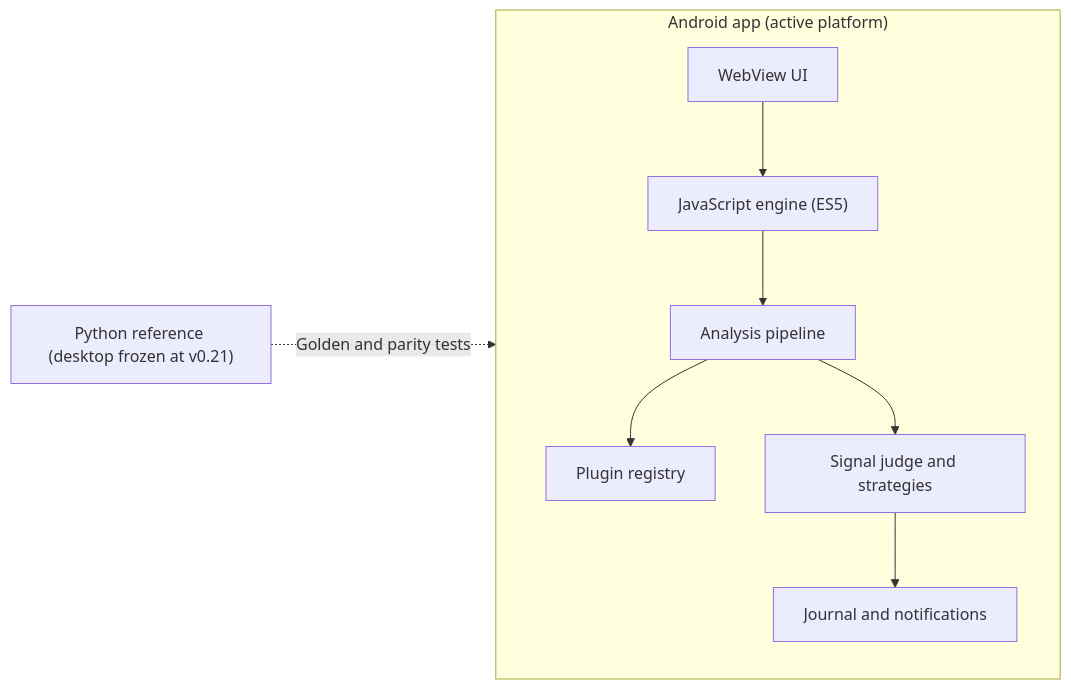
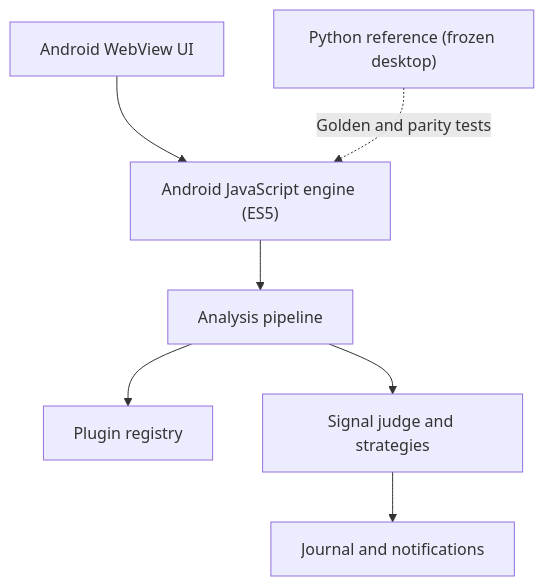
Before and after one commit to Suushian/Odin-Assistant: the third of 3 diagrams in README.md, drawn with Mermaid. The commit also changed other lines of this file, not shown here.

Commit message:
docs: enforce RTL layout and simplify architecture diagram

````diff
--- a/README.md
+++ b/README.md
@@ -214,17 +213,9 @@
 ```mermaid
-flowchart LR
-    subgraph AndroidApp["Android app (active platform)"]
-        direction TB
-        UI["WebView UI"]
-        JS["JavaScript engine (ES5)"]
-        PIPE["Analysis pipeline"]
-        PLUG["Plugin registry"]
-        JUDGE["Signal judge and strategies"]
-        JOURNAL["Journal and notifications"]
-        UI --> JS --> PIPE
-        PIPE --> PLUG
-        PIPE --> JUDGE --> JOURNAL
-    end
-    PY["Python reference (desktop frozen at v0.21)"]
-    PY -. "Golden and parity tests" .-> JS
+flowchart TB
+    UI["Android WebView UI"] --> JS["Android JavaScript engine (ES5)"]
+    JS --> PIPE["Analysis pipeline"]
+    PIPE --> PLUG["Plugin registry"]
+    PIPE --> JUDGE["Signal judge and strategies"]
+    JUDGE --> JOURNAL["Journal and notifications"]
+    PY["Python reference (frozen desktop)"] -.->|"Golden and parity tests"| JS
 ```
````
